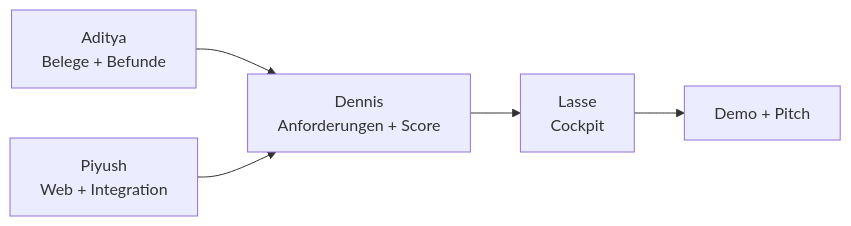
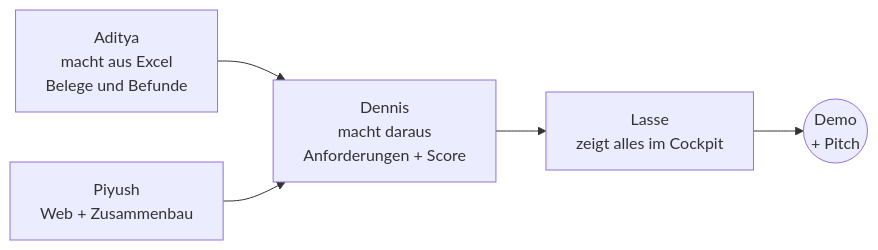
Before and after one commit to PiyushPapaya/TUMHackathon26: the diagram in docs/05_rollen.md, drawn with Mermaid. The commit also changed other lines of this file and 11 other files, not shown here.

````diff
--- a/docs/05_rollen.md
+++ b/docs/05_rollen.md
@@ -15,7 +7,7 @@
 ```mermaid
 flowchart LR
-  A["Aditya<br/>Belege + Befunde"] --> C["Dennis<br/>Anforderungen + Score"]
-  P["Piyush<br/>Web + Integration"] --> C
-  C --> L["Lasse<br/>Cockpit"]
-  L --> D["Demo + Pitch"]
+  A["Aditya<br/>macht aus Excel<br/>Belege und Befunde"] --> C["Dennis<br/>macht daraus<br/>Anforderungen + Score"]
+  P["Piyush<br/>Web + Zusammenbau"] --> C
+  C --> L["Lasse<br/>zeigt alles im Cockpit"]
+  L --> D(("Demo<br/>+ Pitch"))
 ```
````
